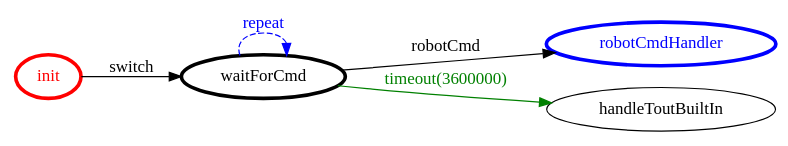
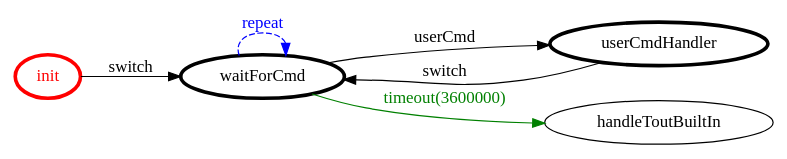
One commit to FraGio/iss2018 changed the diagram in it.unibo.reqAnalysis/srcMore/it/unibo/robot/robot.gv. Above: the diagram before and after it, drawn with Graphviz. The commit also changed 25 other files, not shown here.

```diff
--- a/it.unibo.reqAnalysis/srcMore/it/unibo/robot/robot.gv
+++ b/it.unibo.reqAnalysis/srcMore/it/unibo/robot/robot.gv
@@ -1,20 +1,21 @@
 /*
 *
 * A GraphViz DOT FSM description 
 * Please use a GraphViz visualizer (like http://www.webgraphviz.com)
 *  
 */
 
 digraph finite_state_machine {
 	rankdir=LR
 	size="8,5"
 	
 	init [ color = red ][ fontcolor = red ][ penwidth = 3 ]
 	waitForCmd [ color = black ][ fontcolor = black ][ penwidth = 3 ]
-	robotCmdHandler [ color = blue ][ fontcolor = blue ][ penwidth = 3 ]
+	userCmdHandler [ color = black ][ fontcolor = black ][ penwidth = 3 ]
 	
+	waitForCmd -> userCmdHandler [ label = "userCmd" ][ color = black ][ fontcolor = black ]
 	waitForCmd -> handleToutBuiltIn [ label = "timeout(3600000)" ][ color = green ][ fontcolor = green ]
-	waitForCmd -> robotCmdHandler [ label = "robotCmd" ][ color = black ][ fontcolor = black ]
+	userCmdHandler -> waitForCmd [ label = "switch" ][ color = black ][ fontcolor = black ]
 	init -> waitForCmd [ label = "switch" ][ color = black ][ fontcolor = black ]
 	waitForCmd -> waitForCmd [ label = "repeat "][ style = dashed ][ color = blue ][ fontcolor = blue ]
 }
```
